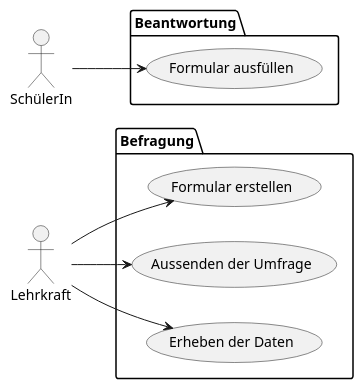
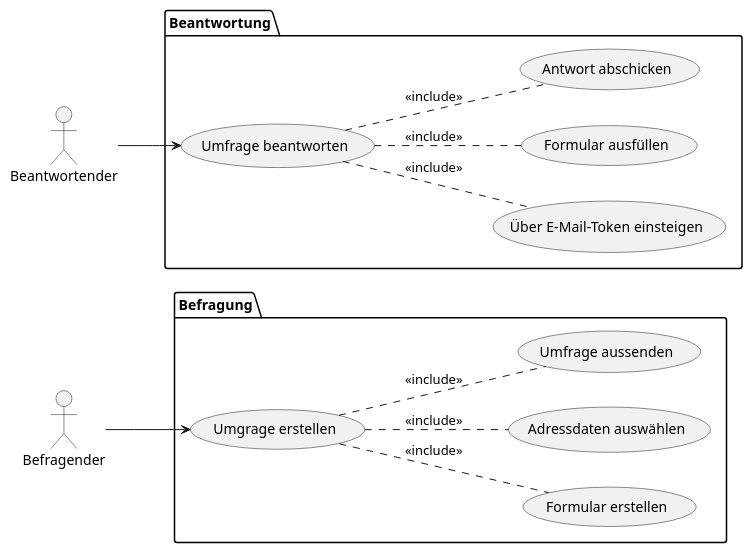
The diagram in asciidocs/ucd.puml (merisbsc/LeoForms), drawn with PlantUML before and after one commit. The commit also changed 3 other files, not shown here.

```diff
--- a/asciidocs/ucd.puml
+++ b/asciidocs/ucd.puml
@@ -1,24 +1,32 @@
 @startuml
 left to right direction
-actor Lehrkraft as l
-actor SchülerIn as s
+actor Befragender as l
+actor Beantwortender as s
 
 package Beantwortung {
-usecase "Formular ausfüllen" as UC5
+usecase "Umfrage beantworten" as UC5
+usecase "Über E-Mail-Token einsteigen" as UC6
+usecase "Formular ausfüllen" as UC7
+usecase "Antwort abschicken" as UC8
 }
 
 package Befragung {
-usecase "Formular erstellen" as UC1
-usecase "Aussenden der Umfrage" as UC2
-usecase "Erheben der Daten" as UC3
+usecase "Umgrage erstellen" as UC1
+usecase "Formular erstellen" as UC2
+usecase "Adressdaten auswählen" as UC3
+usecase "Umfrage aussenden" as UC4
 }
 
 
 
 s --> UC5
+UC5 .. UC6 : <<include>>
+UC5 .. UC7 : <<include>>
+UC5 .. UC8 : <<include>>
 l --> UC1
-l --> UC2
-l --> UC3
+UC1 .. UC2 : <<include>>
+UC1 .. UC3 : <<include>>
+UC1 .. UC4 : <<include>>
 
 
 @enduml
```
